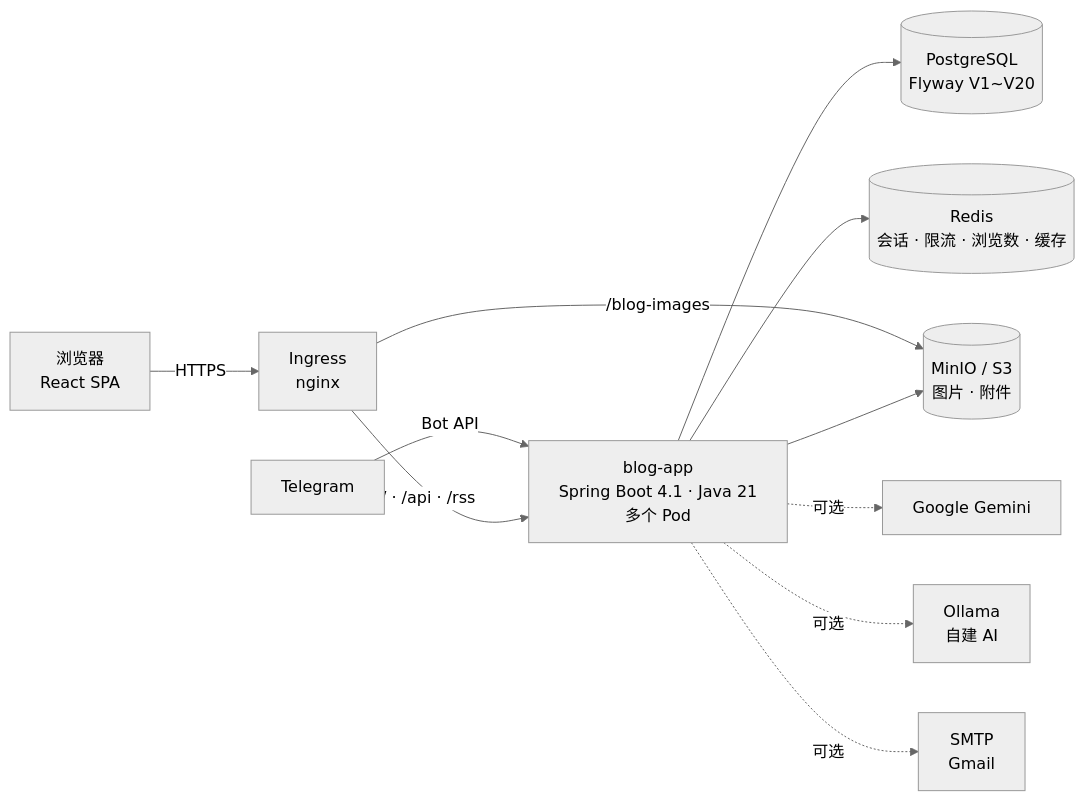
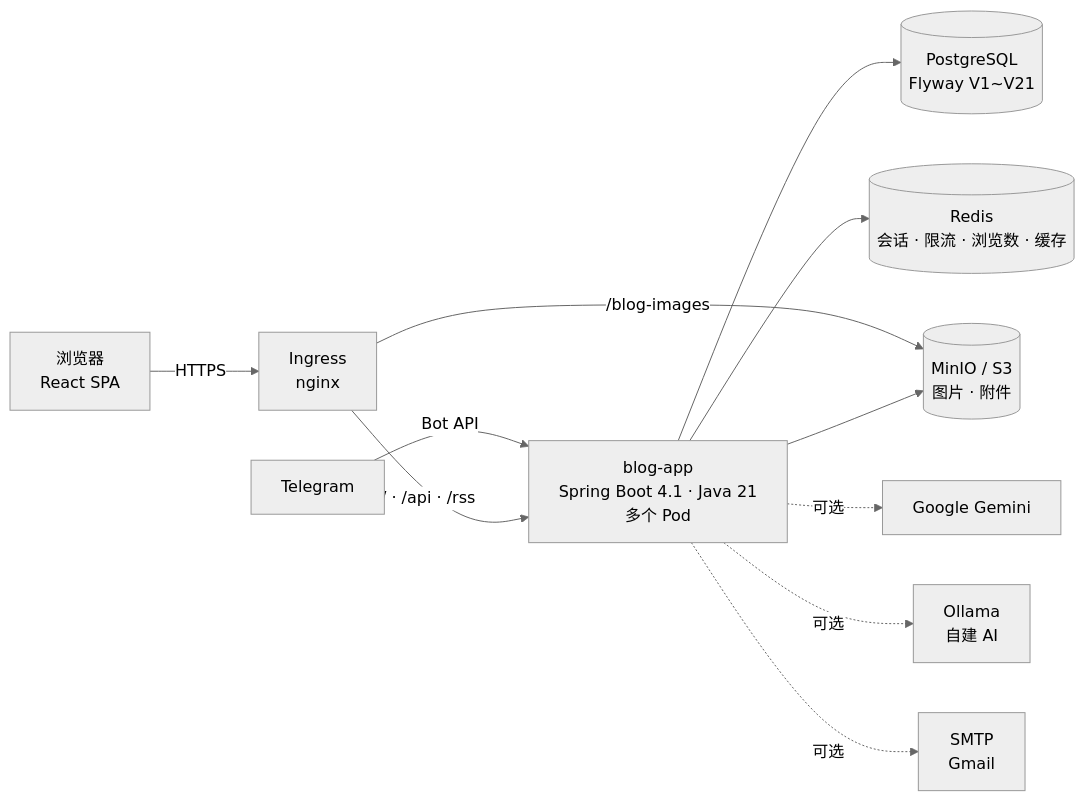
Before and after one commit to AIGJ-01-002-blog/Devlog: the first of 3 diagrams in README.zh.md, drawn with Mermaid (neutral theme). The commit also changed other lines of this file and 18 other files, not shown here.

````diff
--- a/README.zh.md
+++ b/README.zh.md
@@ -151,13 +151,13 @@
 ```mermaid
 flowchart LR
     B[浏览器<br/>React SPA] -->|HTTPS| I[Ingress<br/>nginx]
     T[Telegram] -->|Bot API| A
     I -->|/ · /api · /rss| A[blog-app<br/>Spring Boot 4.1 · Java 21<br/>多个 Pod]
     I -->|/blog-images| M[(MinIO / S3<br/>图片 · 附件)]
-    A --> P[(PostgreSQL<br/>Flyway V1~V20)]
+    A --> P[(PostgreSQL<br/>Flyway V1~V21)]
     A --> R[(Redis<br/>会话 · 限流 · 浏览数 · 缓存)]
     A --> M
     A -.可选.-> G[Google Gemini]
     A -.可选.-> O[Ollama<br/>自建 AI]
     A -.可选.-> S[SMTP<br/>Gmail]
 ```
````
